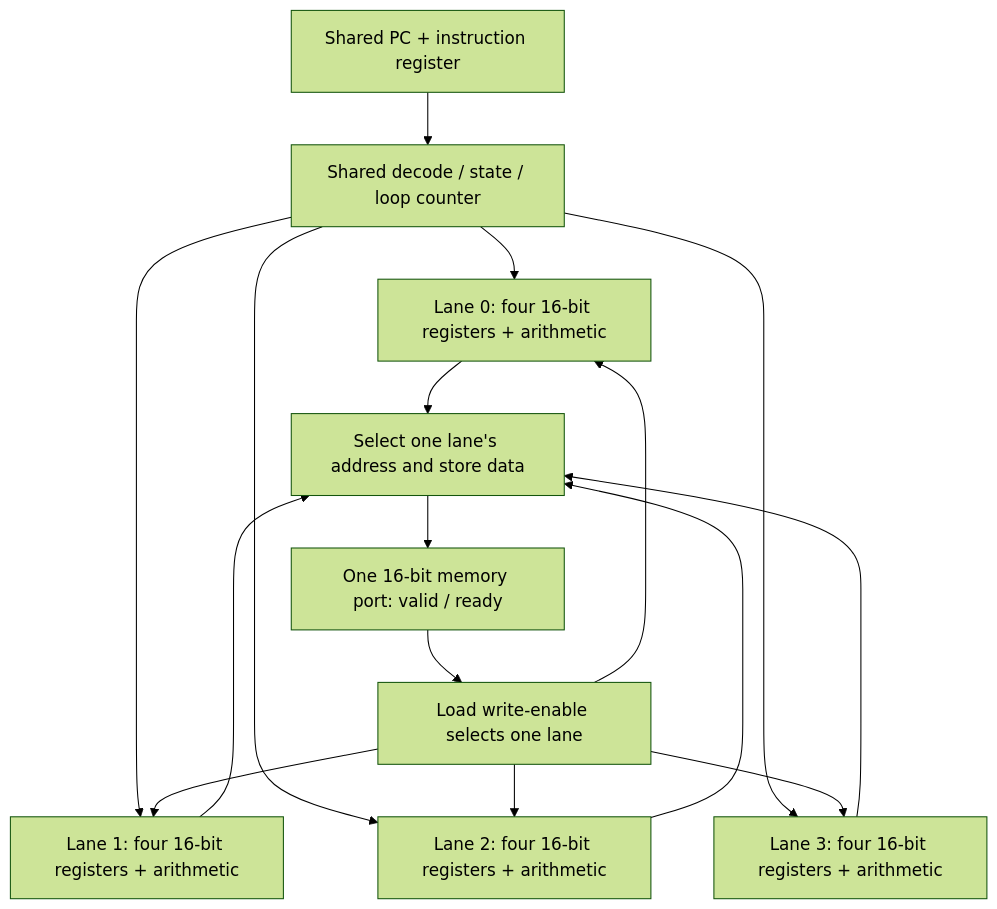
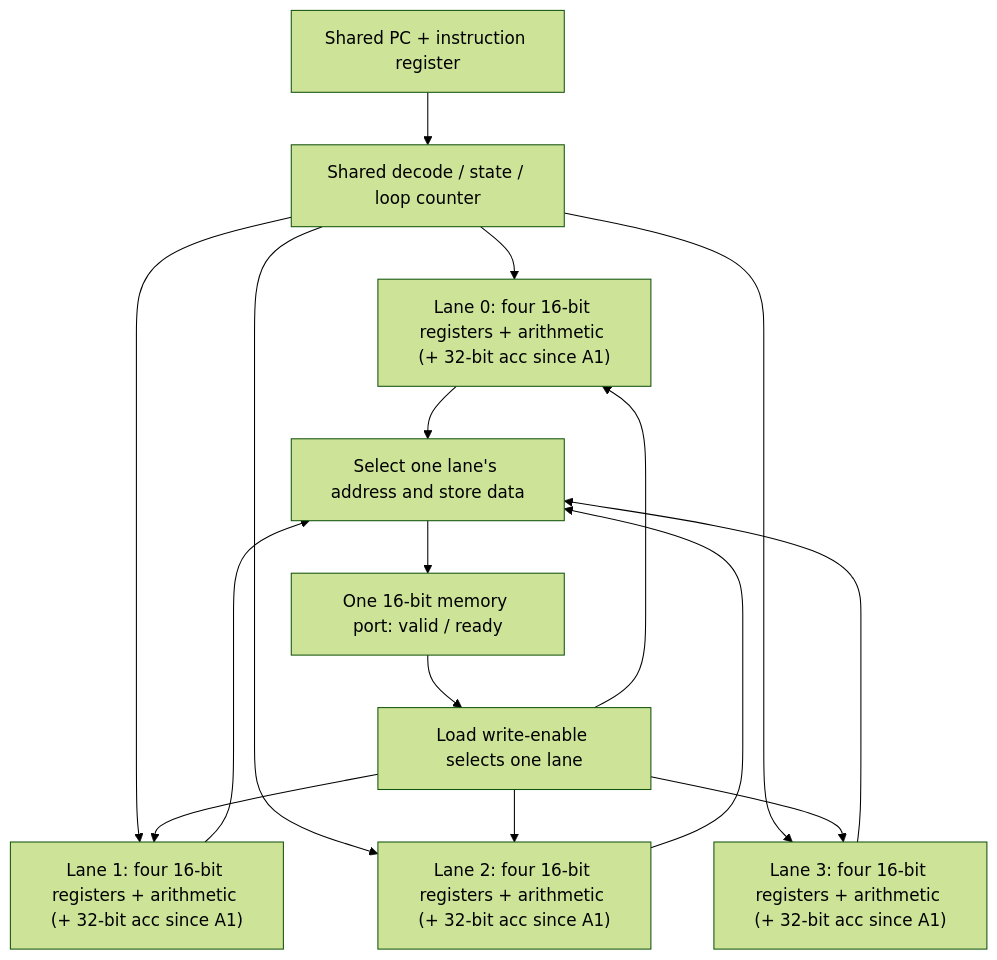
The diagram in docs/simd4-to-gates.md (ahmad-luqman/tiny-processors), drawn with Mermaid (forest theme) before and after one commit. The commit also changed other lines of this file and 13 other files, not shown here.

````diff
--- a/docs/simd4-to-gates.md
+++ b/docs/simd4-to-gates.md
@@ -9,18 +9,18 @@
 ```mermaid
 flowchart TB
     PC["Shared PC + instruction register"] --> CTRL["Shared decode / state / loop counter"]
-    CTRL --> L0["Lane 0: four 16-bit registers + arithmetic"]
-    CTRL --> L1["Lane 1: four 16-bit registers + arithmetic"]
-    CTRL --> L2["Lane 2: four 16-bit registers + arithmetic"]
-    CTRL --> L3["Lane 3: four 16-bit registers + arithmetic"]
+    CTRL --> L0["Lane 0: four 16-bit registers + arithmetic (+ 32-bit acc since A1)"]
+    CTRL --> L1["Lane 1: four 16-bit registers + arithmetic (+ 32-bit acc since A1)"]
+    CTRL --> L2["Lane 2: four 16-bit registers + arithmetic (+ 32-bit acc since A1)"]
+    CTRL --> L3["Lane 3: four 16-bit registers + arithmetic (+ 32-bit acc since A1)"]
     L0 --> MUX["Select one lane's address and store data"]
     L1 --> MUX
     L2 --> MUX
     L3 --> MUX
     MUX --> MEM["One 16-bit memory port: valid / ready"]
     MEM --> LOAD["Load write-enable selects one lane"]
     LOAD --> L0
     LOAD --> L1
     LOAD --> L2
     LOAD --> L3
 ```
````
